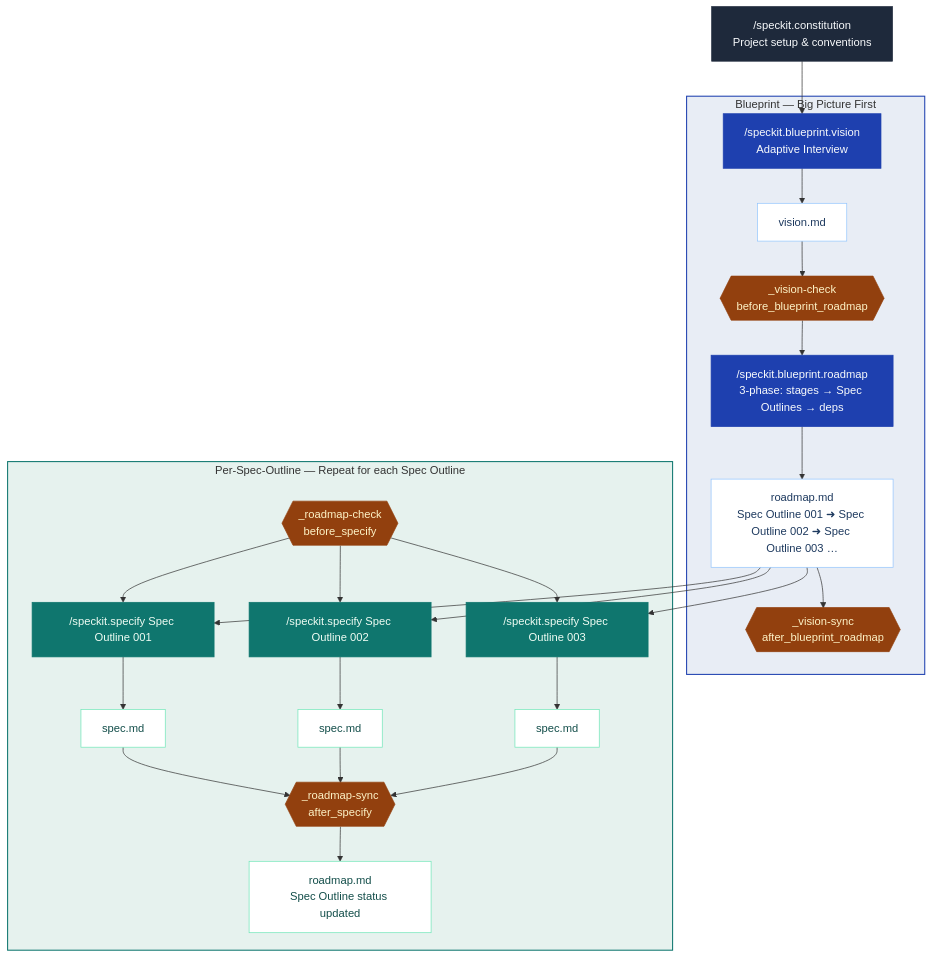
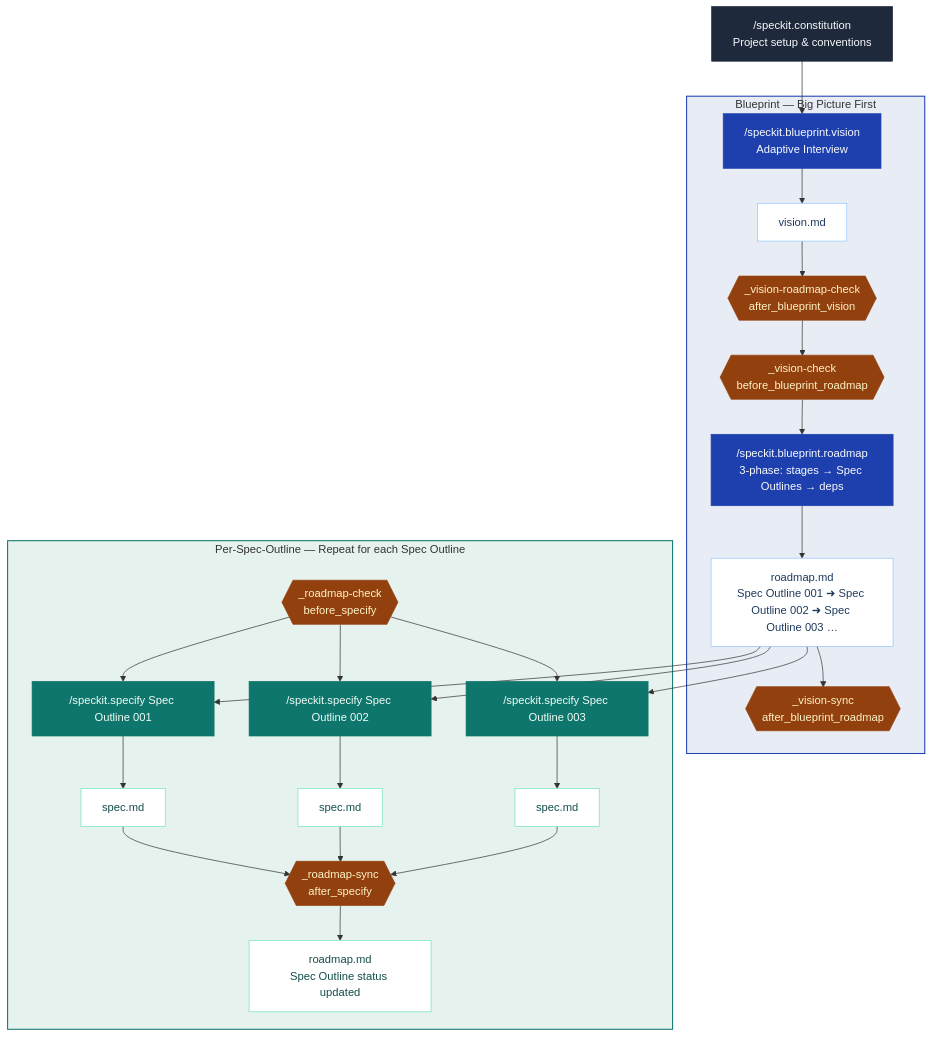
Before and after one commit to jaeryun/spec-kit-blueprint: the diagram in README.md, drawn with Mermaid. The commit also changed other lines of this file and 3 other files, not shown here.

````diff
--- a/README.md
+++ b/README.md
@@ -11,43 +11,45 @@
 ```mermaid
 flowchart TD
     A["/speckit.constitution\nProject setup & conventions"] --> B
 
     subgraph bp ["Blueprint — Big Picture First"]
         B["/speckit.blueprint.vision\nAdaptive Interview"]
         B --> C["vision.md"]
-        C --> VC{{"_vision-check\nbefore_blueprint_roadmap"}}
+        C --> VR{{"_vision-roadmap-check\nafter_blueprint_vision"}}
+        VR --> VC{{"_vision-check\nbefore_blueprint_roadmap"}}
         VC --> D["/speckit.blueprint.roadmap\n3-phase: stages → Spec Outlines → deps"]
         D --> R["roadmap.md\nSpec Outline 001 ➜ Spec Outline 002 ➜ Spec Outline 003 …"]
         R --> VS{{"_vision-sync\nafter_blueprint_roadmap"}}
     end
 
     R --> F & G & H
 
     subgraph impl ["Per-Spec-Outline — Repeat for each Spec Outline"]
         RC{{"_roadmap-check\nbefore_specify"}}
         RC --> F["/speckit.specify Spec Outline 001"] --> spec1["spec.md"]
         RC --> G["/speckit.specify Spec Outline 002"] --> spec2["spec.md"]
         RC --> H["/speckit.specify Spec Outline 003"] --> spec3["spec.md"]
         spec1 & spec2 & spec3 --> RS{{"_roadmap-sync\nafter_specify"}}
         RS --> RM["roadmap.md\nSpec Outline status updated"]
     end
 
     style bp fill:#e8edf5,stroke:#1e40af,stroke-width:1.5px
     style impl fill:#e6f2ee,stroke:#0f766e,stroke-width:1.5px
     style A fill:#1e293b,stroke:#1e293b,color:#f8fafc
     style B fill:#1e40af,stroke:#1e40af,color:#f8fafc
     style C fill:#ffffff,stroke:#93c5fd,color:#1e3a5f
     style VC fill:#92400e,stroke:#92400e,color:#fef3c7
     style D fill:#1e40af,stroke:#1e40af,color:#f8fafc
     style R fill:#ffffff,stroke:#93c5fd,color:#1e3a5f
+    style VR fill:#92400e,stroke:#92400e,color:#fef3c7
     style VS fill:#92400e,stroke:#92400e,color:#fef3c7
     style RC fill:#92400e,stroke:#92400e,color:#fef3c7
     style F fill:#0f766e,stroke:#0f766e,color:#f0fdf4
     style G fill:#0f766e,stroke:#0f766e,color:#f0fdf4
     style H fill:#0f766e,stroke:#0f766e,color:#f0fdf4
     style spec1 fill:#ffffff,stroke:#6ee7b7,color:#134e4a
     style spec2 fill:#ffffff,stroke:#6ee7b7,color:#134e4a
     style spec3 fill:#ffffff,stroke:#6ee7b7,color:#134e4a
     style RS fill:#92400e,stroke:#92400e,color:#fef3c7
     style RM fill:#ffffff,stroke:#6ee7b7,color:#134e4a
 ```
````
